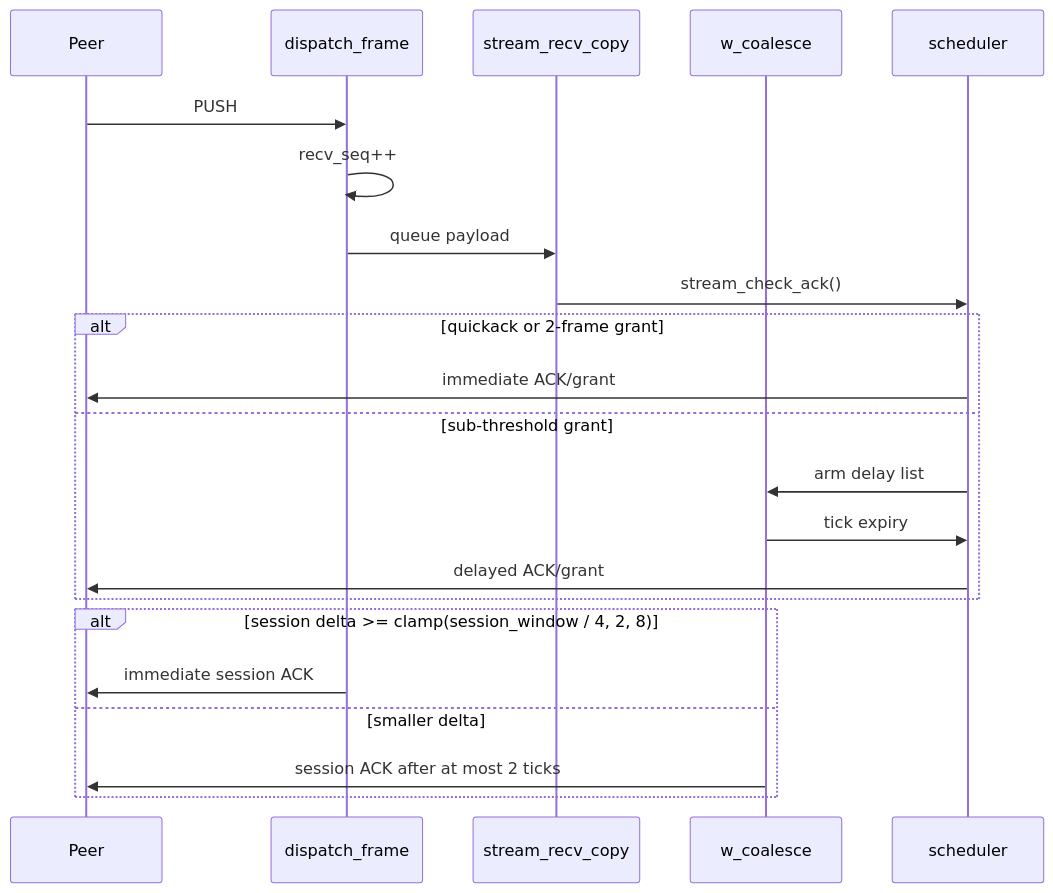
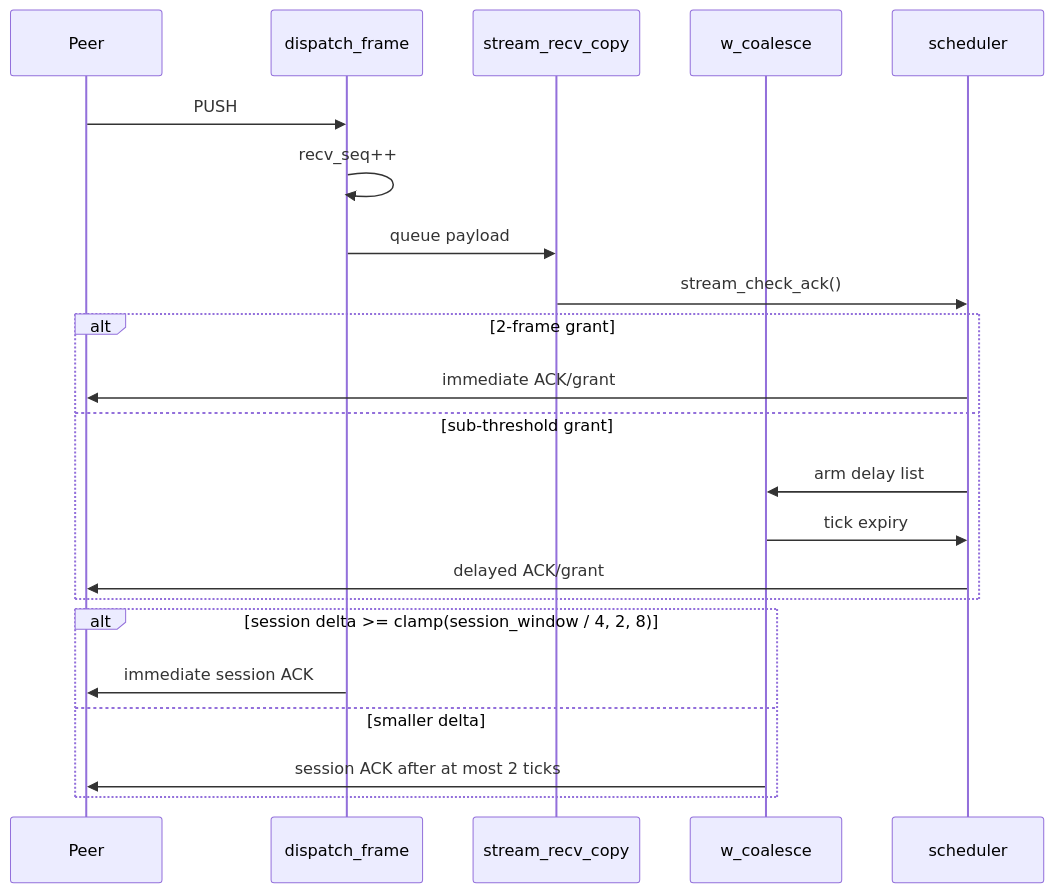
Diagram 11 of 17 in doc/impl.md (hexian000/multiplexd), drawn with Mermaid before and after one commit. The commit also changed other lines of this file and 61 other files, not shown here.

````diff
--- a/doc/impl.md
+++ b/doc/impl.md
@@ -536,25 +556,25 @@
 ```mermaid
 sequenceDiagram
   participant Peer
   participant Dispatch as dispatch_frame
   participant Stream as stream_recv_copy
   participant Timer as w_coalesce
   participant Sched as scheduler
 
   Peer->>Dispatch: PUSH
   Dispatch->>Dispatch: recv_seq++
   Dispatch->>Stream: queue payload
   Stream->>Sched: stream_check_ack()
-  alt quickack or 2-frame grant
+  alt 2-frame grant
     Sched->>Peer: immediate ACK/grant
   else sub-threshold grant
     Sched->>Timer: arm delay list
     Timer->>Sched: tick expiry
     Sched->>Peer: delayed ACK/grant
   end
   alt session delta >= clamp(session_window / 4, 2, 8)
     Dispatch->>Peer: immediate session ACK
   else smaller delta
     Timer->>Peer: session ACK after at most 2 ticks
   end
 ```
````
